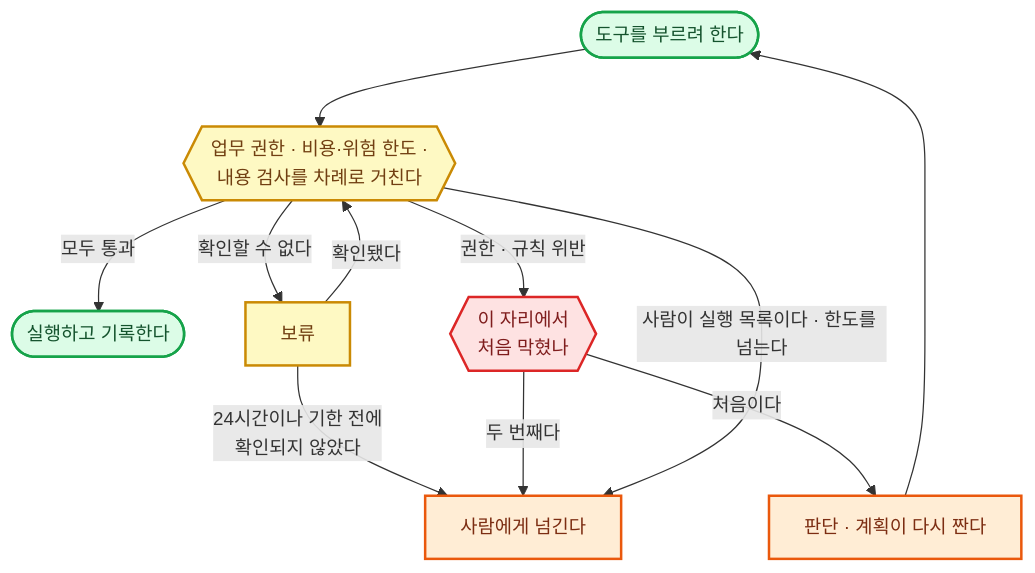
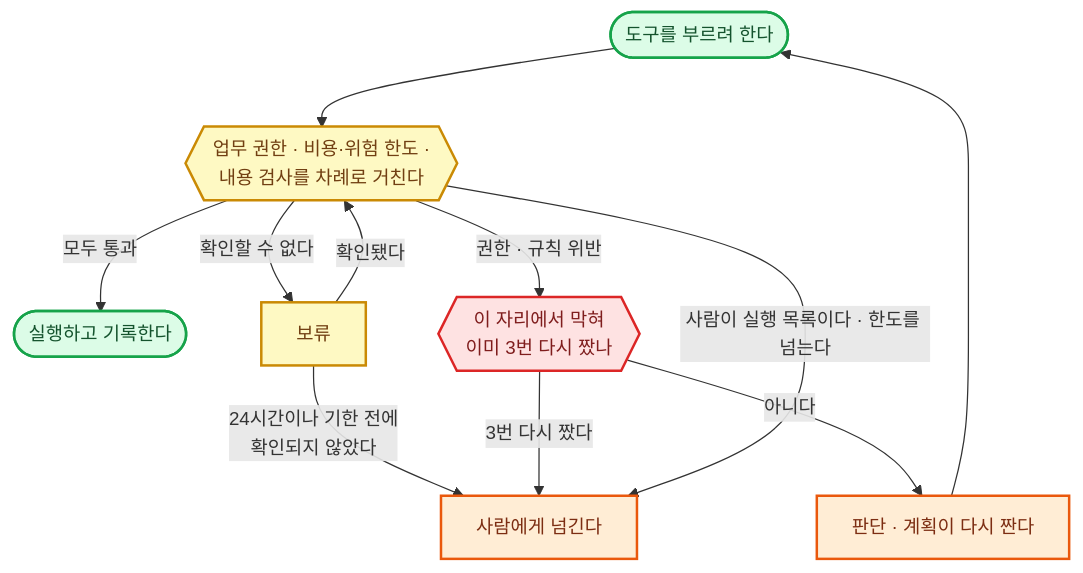
Diagram 13 of 26 in 전문가 에이전트 정의 2.md (harisbaguette/expert), drawn with Mermaid before and after one commit. The commit also changed other lines of this file and 1 other file, not shown here.

````diff
--- a/전문가 에이전트 정의 2.md
+++ b/전문가 에이전트 정의 2.md
@@ -1364,16 +1429,16 @@
 ```mermaid
 %%{init: {"flowchart": {"wrappingWidth": 640, "curve": "basis", "nodeSpacing": 45, "rankSpacing": 55, "padding": 14, "useMaxWidth": true}, "themeVariables": {"fontSize": "15px"}} }%%
 flowchart TB
     CALL(["도구를 부르려 한다"]):::good --> G{{"업무 권한 · 비용·위험 한도 ·<br/>내용 검사를 차례로 거친다"}}:::note
     G -- "모두 통과" --> RUN(["실행하고 기록한다"]):::good
     G -- "확인할 수 없다" --> HOLD["보류"]:::note -- "확인됐다" --> G
     HOLD -- "24시간이나 기한 전에<br/>확인되지 않았다" --> HUM
-    G -- "권한 · 규칙 위반" --> B{{"이 자리에서<br/>처음 막혔나"}}:::stop
-    B -- "처음이다" --> RE["판단 · 계획이 다시 짠다"]:::back --> CALL
-    B -- "두 번째다" --> HUM["사람에게 넘긴다"]:::back
+    G -- "권한 · 규칙 위반" --> B{{"이 자리에서 막혀<br/>이미 3번 다시 짰나"}}:::stop
+    B -- "아니다" --> RE["판단 · 계획이 다시 짠다"]:::back --> CALL
+    B -- "3번 다시 짰다" --> HUM["사람에게 넘긴다"]:::back
     G -- "사람이 실행 목록이다 · 한도를 넘는다" --> HUM
     classDef stop fill:#fee2e2,stroke:#dc2626,stroke-width:2px,color:#7f1d1d
     classDef back fill:#ffedd5,stroke:#ea580c,stroke-width:2px,color:#7c2d12
     classDef good fill:#dcfce7,stroke:#16a34a,stroke-width:2px,color:#14532d
     classDef note fill:#fef9c3,stroke:#ca8a04,stroke-width:2px,color:#713f12
 ```
````
